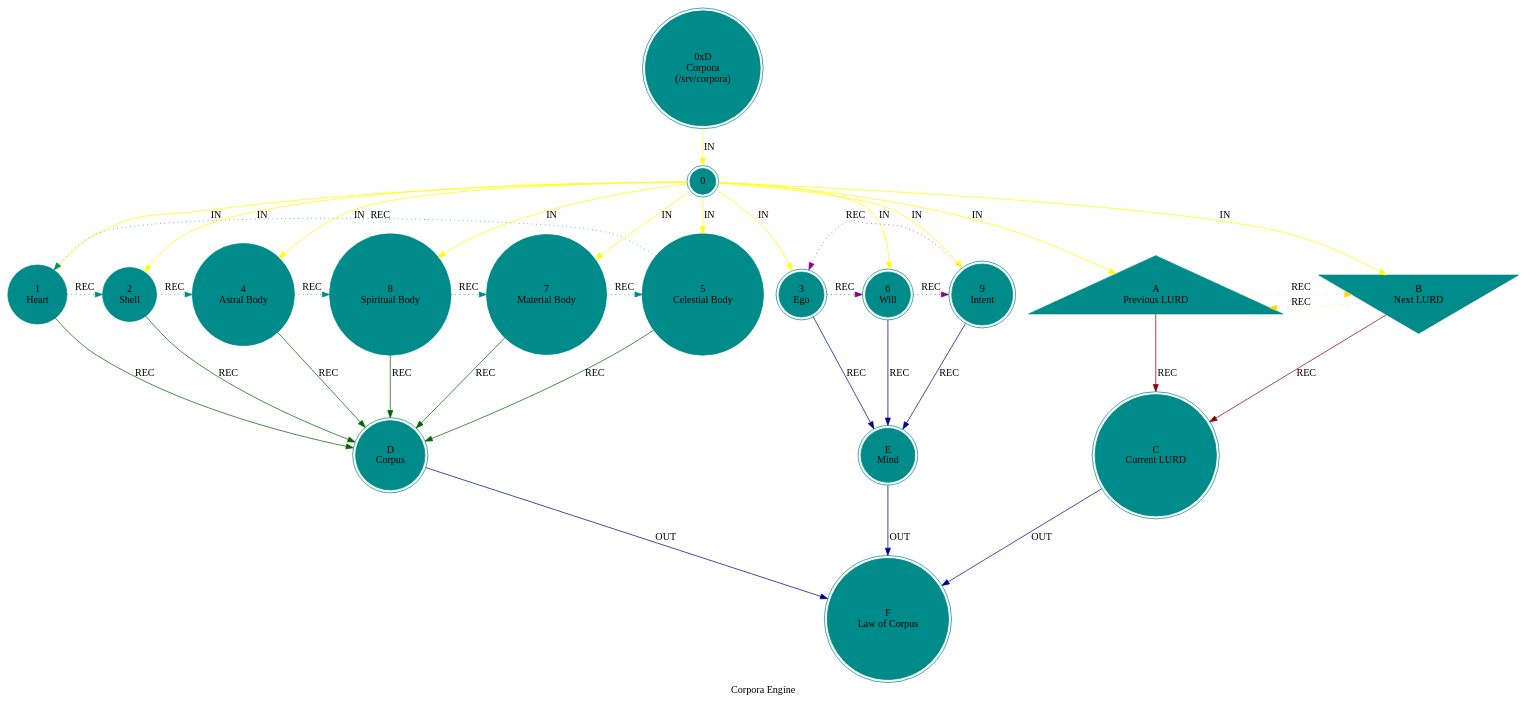
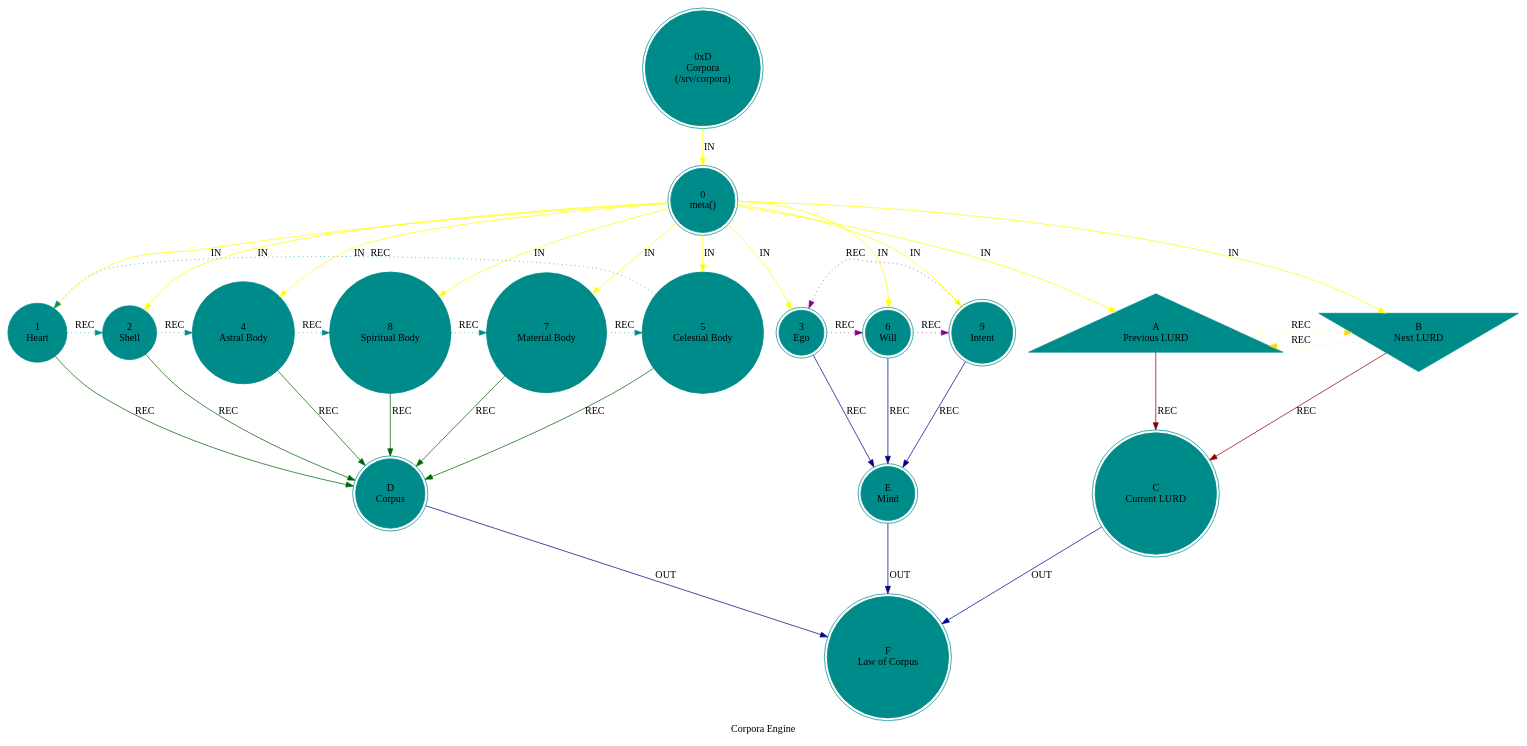
The diagram in src/core/mythos_srv_corpora.dot (cilang/mythos), drawn with Graphviz before and after one commit. The commit also changed 14 other files, not shown here.

```diff
--- a/src/core/mythos_srv_corpora.dot
+++ b/src/core/mythos_srv_corpora.dot
@@ -1,44 +1,44 @@
 digraph G {
     label = "Corpora Engine";
     style = filled;
     color = red;
     comment = "";
     node [shape = circle; style = filled; color = darkcyan;];
     
     spark_d_mythos_t [label = "0xD\nCorpora\n(/srv/corpora)";shape = doublecircle;];
     
     // The Sacred 3-6-9 (Boundary of Perception).
     // "If you knew the magnificence of 3, 6, and 9, you would have a key to the universe." — Tesla.
     // The 1-2-4-8-7-5 Vortex (Boundary of Comprehension).
-    spark_0_corpus_t [label = "0\n";shape = doublecircle;comment = "";];
+    spark_0_corpus_t [label = "0\nmeta()";shape = doublecircle;comment = "";];
     spark_1_corpus_t [label = "1\nHeart";shape = circle;comment = "";];
     spark_2_corpus_t [label = "2\nShell";shape = circle;comment = "";];
     spark_4_corpus_t [label = "4\nAstral Body";shape = circle;comment = "";];
     spark_8_corpus_t [label = "8\nSpiritual Body";shape = circle;comment = "";];
     spark_7_corpus_t [label = "7\nMaterial Body";shape = circle;comment = "";];
     spark_5_corpus_t [label = "5\nCelestial Body";shape = circle;comment = "";];
     spark_3_corpus_t [label = "3\nEgo";shape = doublecircle;comment = "";];
     spark_6_corpus_t [label = "6\nWill";shape = doublecircle;comment = "";];
     spark_9_corpus_t [label = "9\nIntent";shape = doublecircle;comment = "";];
     spark_a_corpus_t [label = "A\nPrevious LURD";shape = triangle;comment = "";];
     spark_b_corpus_t [label = "B\nNext LURD";shape = invtriangle;comment = "";];
     spark_c_corpus_t [label = "C\nCurrent LURD";shape = doublecircle;comment = "";];
     spark_d_corpus_t [label = "D\nCorpus";shape = doublecircle;comment = "";];
     spark_e_corpus_t [label = "E\nMind";shape = doublecircle;comment = "";];
     spark_f_corpus_t [label = "F\nLaw of Corpus";shape = doublecircle;comment = "";];
     
     // IN = Input
     // OUT = Output
     // REC = Recursion
     spark_d_mythos_t -> spark_0_corpus_t -> {spark_a_corpus_t spark_b_corpus_t spark_1_corpus_t spark_2_corpus_t spark_3_corpus_t spark_4_corpus_t spark_5_corpus_t spark_6_corpus_t spark_7_corpus_t spark_8_corpus_t spark_9_corpus_t} [label = "IN"; color = yellow; comment = "";];
     
     {spark_a_corpus_t spark_b_corpus_t} -> spark_c_corpus_t [label = "REC"; color = darkred; comment = "";];
     {spark_1_corpus_t spark_2_corpus_t spark_4_corpus_t spark_8_corpus_t spark_7_corpus_t spark_5_corpus_t} -> spark_d_corpus_t [label = "REC"; color = darkgreen; comment = "";];
     {spark_3_corpus_t spark_6_corpus_t spark_9_corpus_t} -> spark_e_corpus_t [label = "REC"; color = darkblue; comment = "";];
     
     spark_1_corpus_t -> spark_2_corpus_t -> spark_4_corpus_t -> spark_8_corpus_t -> spark_7_corpus_t -> spark_5_corpus_t -> spark_1_corpus_t [label = "REC"; color = darkcyan; comment = ""; style = dotted; constraint = false;];
     spark_3_corpus_t -> spark_6_corpus_t -> spark_9_corpus_t -> spark_3_corpus_t [label = "REC"; color = darkmagenta; comment = ""; style = dotted; constraint = false;];
     spark_a_corpus_t -> spark_b_corpus_t -> spark_a_corpus_t [label = "REC"; color = gold; comment = ""; style = dotted; constraint = false;];
     
     {spark_c_corpus_t spark_d_corpus_t spark_e_corpus_t} -> spark_f_corpus_t [label = "OUT"; color = darkblue; comment = "";];
 }
```
